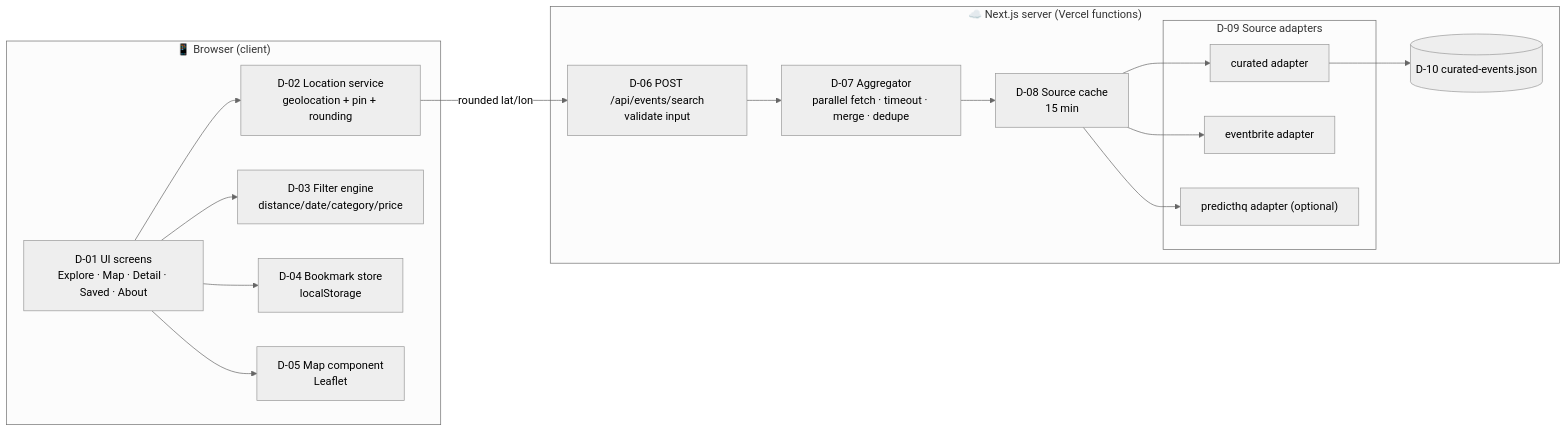
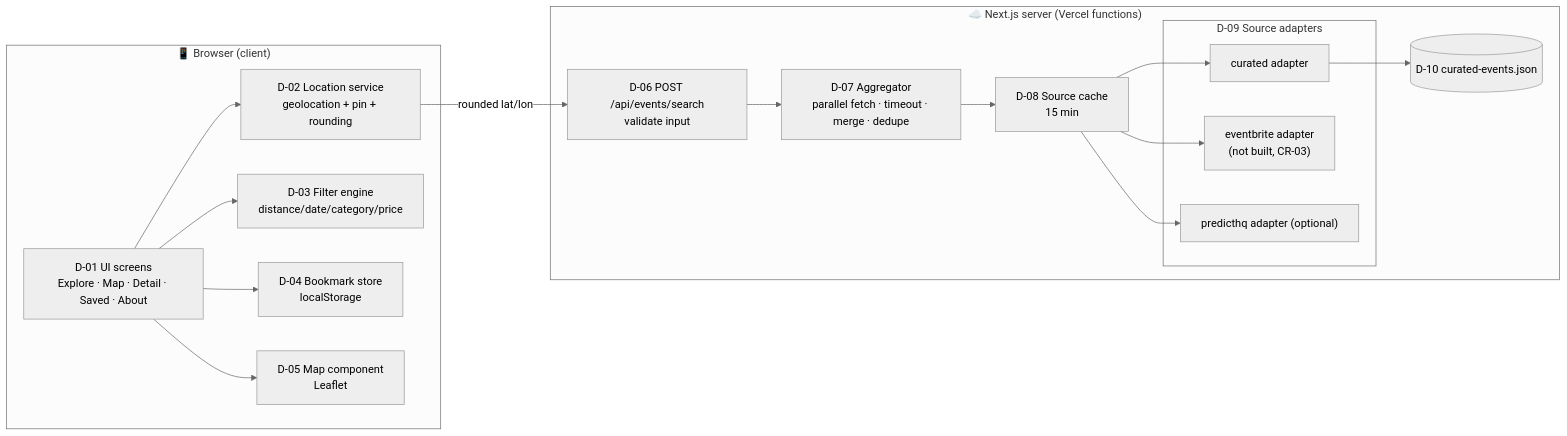
One commit to hiiew/events-near-me changed the second of 3 diagrams in docs/03-design/architecture.md. Above: the diagram before and after it, drawn with Mermaid (neutral theme). The commit also changed other lines of this file and 14 other files, not shown here.

````diff
--- a/docs/03-design/architecture.md
+++ b/docs/03-design/architecture.md
@@ -53,32 +53,32 @@
 ```mermaid
 flowchart LR
     subgraph Browser["📱 Browser (client)"]
         UI["D-01 UI screens<br/>Explore · Map · Detail · Saved · About"]
         LOC["D-02 Location service<br/>geolocation + pin + rounding"]
         FIL["D-03 Filter engine<br/>distance/date/category/price"]
         BM["D-04 Bookmark store<br/>localStorage"]
         MAP["D-05 Map component<br/>Leaflet"]
     end
 
     subgraph Server["☁️ Next.js server (Vercel functions)"]
         API["D-06 POST /api/events/search<br/>validate input"]
         AGG["D-07 Aggregator<br/>parallel fetch · timeout · merge · dedupe"]
         CACHE["D-08 Source cache<br/>15 min"]
         subgraph Adapters["D-09 Source adapters"]
             AC["curated adapter"]
-            AE["eventbrite adapter"]
+            AE["eventbrite adapter<br/>(not built, CR-03)"]
             AP["predicthq adapter (optional)"]
         end
         DATA[("D-10 curated-events.json")]
     end
 
     UI --> LOC
     UI --> FIL
     UI --> BM
     UI --> MAP
     LOC -->|"rounded lat/lon"| API
     API --> AGG
     AGG --> CACHE
     CACHE --> AC & AE & AP
     AC --> DATA
 ```
````
